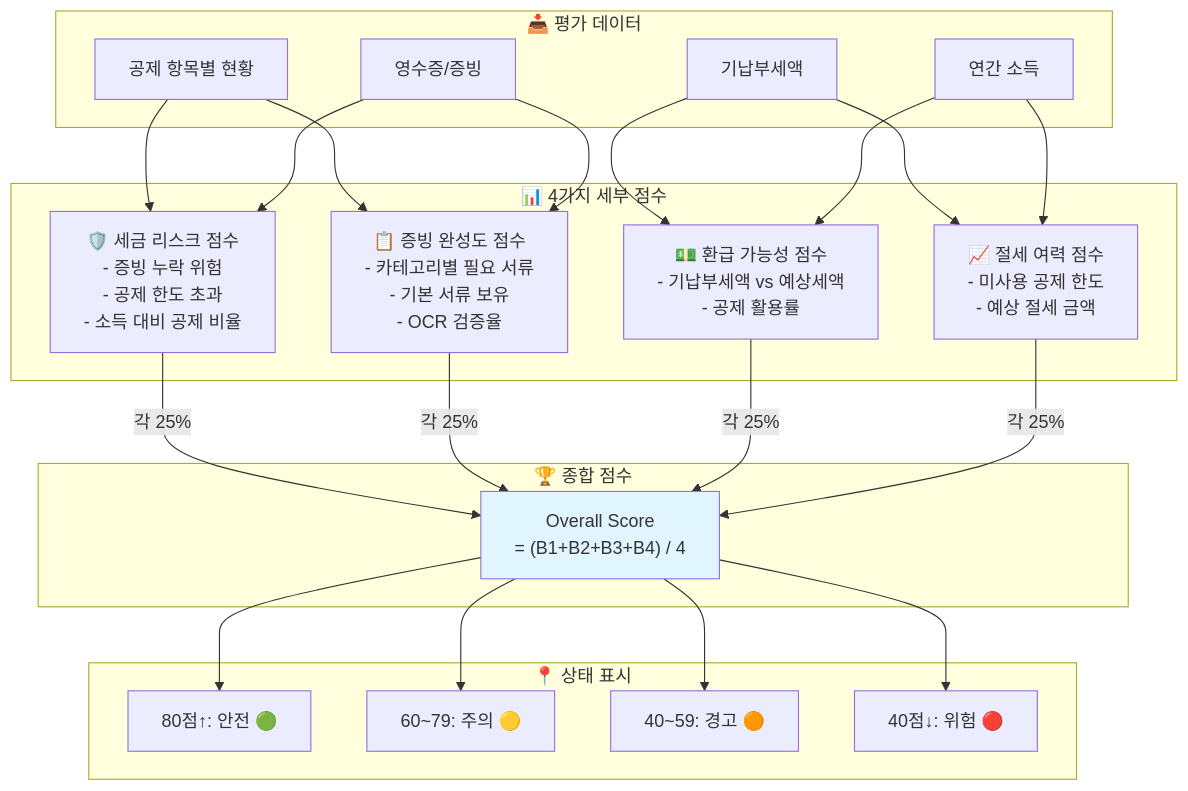
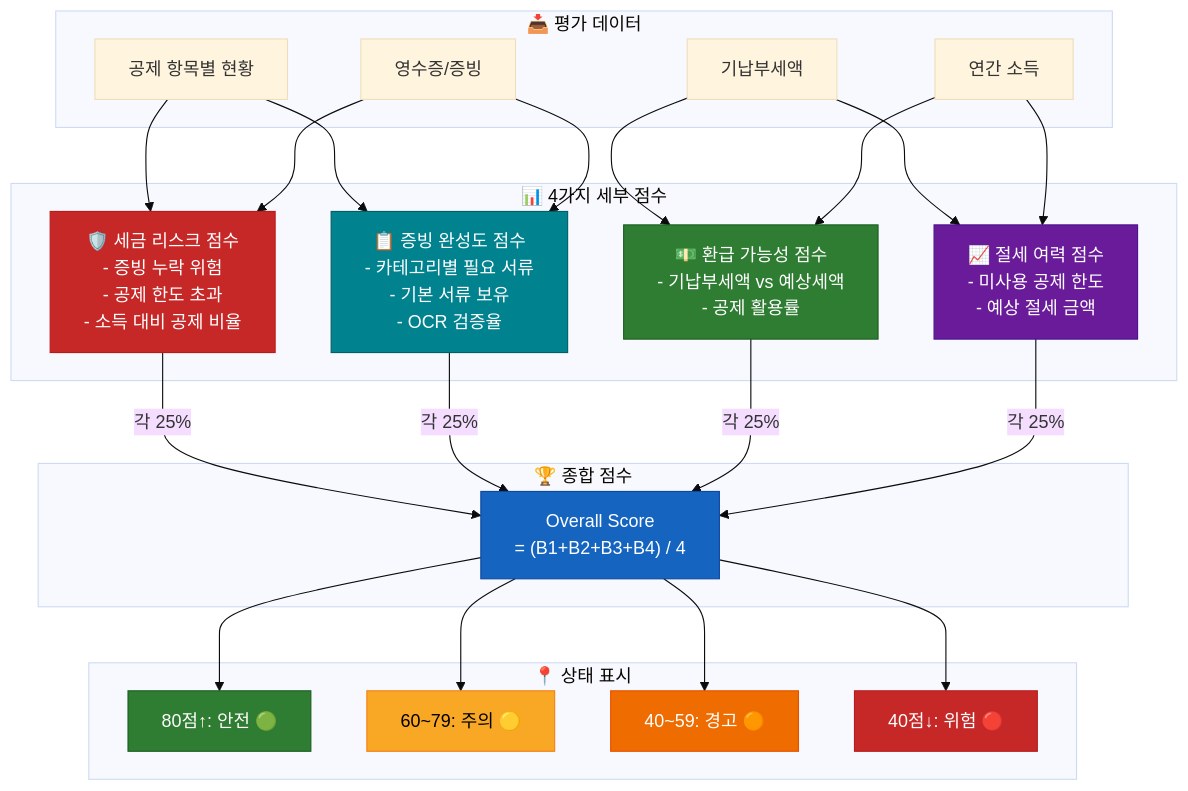
Before and after one commit to Z-3000/fina_r: the ninth of 18 diagrams in docs/세금로직_플로우차트.md, drawn with Mermaid. The commit also changed other lines of this file, not shown here.

````diff
--- a/docs/세금로직_플로우차트.md
+++ b/docs/세금로직_플로우차트.md
@@ -321,34 +348,43 @@
 ```mermaid
+%%{init: {'theme': 'base'}}%%
 flowchart TD
     subgraph 입력["📥 평가 데이터"]
         A1[공제 항목별 현황]
         A2[영수증/증빙]
         A3[기납부세액]
         A4[연간 소득]
     end
 
     subgraph 점수계산["📊 4가지 세부 점수"]
         B1["🛡️ 세금 리스크 점수<br/>- 증빙 누락 위험<br/>- 공제 한도 초과<br/>- 소득 대비 공제 비율"]
         B2["📋 증빙 완성도 점수<br/>- 카테고리별 필요 서류<br/>- 기본 서류 보유<br/>- OCR 검증율"]
         B3["💵 환급 가능성 점수<br/>- 기납부세액 vs 예상세액<br/>- 공제 활용률"]
         B4["📈 절세 여력 점수<br/>- 미사용 공제 한도<br/>- 예상 절세 금액"]
     end
 
     subgraph 종합["🏆 종합 점수"]
         C1["Overall Score<br/>= (B1+B2+B3+B4) / 4"]
     end
 
     subgraph 상태["📍 상태 표시"]
         D1["80점↑: 안전 🟢"]
         D2["60~79: 주의 🟡"]
         D3["40~59: 경고 🟠"]
         D4["40점↓: 위험 🔴"]
     end
 
     A1 & A2 --> B1 & B2
     A3 & A4 --> B3 & B4
     B1 & B2 & B3 & B4 -->|"각 25%"| C1
     C1 --> D1 & D2 & D3 & D4
 
-    style C1 fill:#e1f5fe
+    style C1 fill:#1565c0,stroke:#0d47a1,color:#fff
+    style B1 fill:#c62828,stroke:#b71c1c,color:#fff
+    style B2 fill:#00838f,stroke:#006064,color:#fff
+    style B3 fill:#2e7d32,stroke:#1b5e20,color:#fff
+    style B4 fill:#6a1b9a,stroke:#4a148c,color:#fff
+    style D1 fill:#2e7d32,stroke:#1b5e20,color:#fff
+    style D2 fill:#f9a825,stroke:#f57f17,color:#000
+    style D3 fill:#ef6c00,stroke:#e65100,color:#fff
+    style D4 fill:#c62828,stroke:#b71c1c,color:#fff
 ```
````
